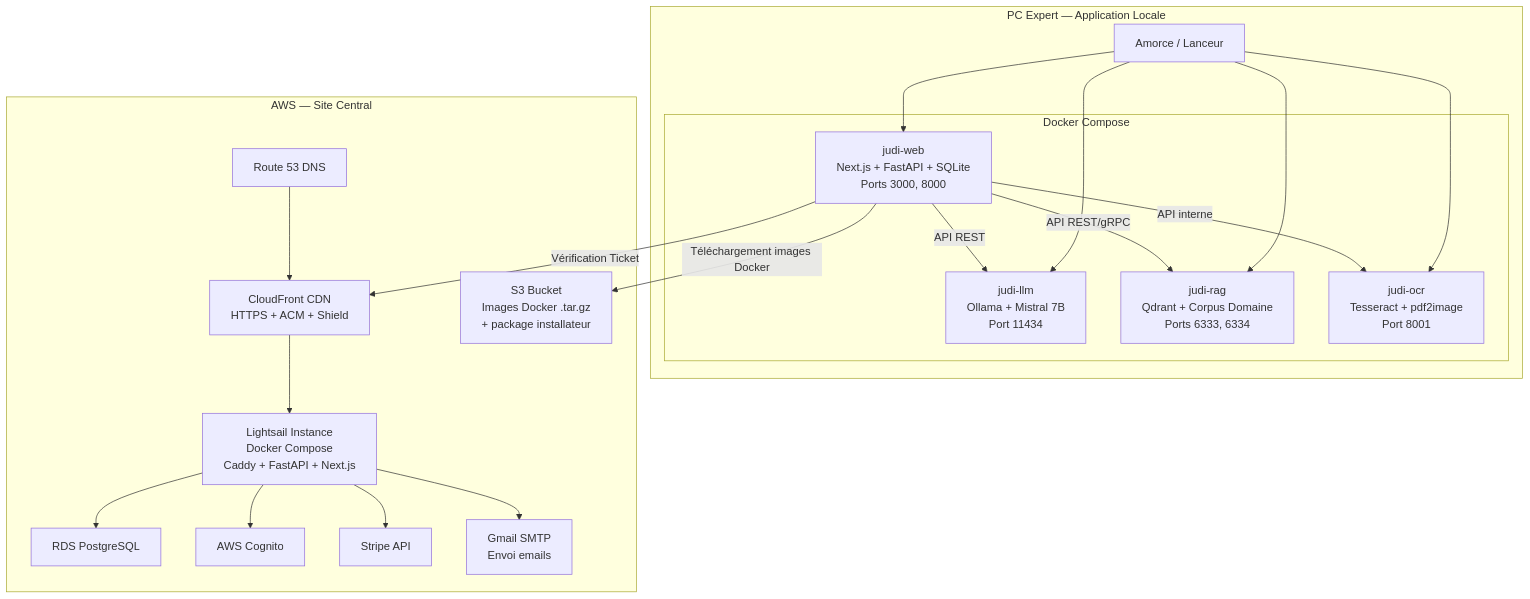
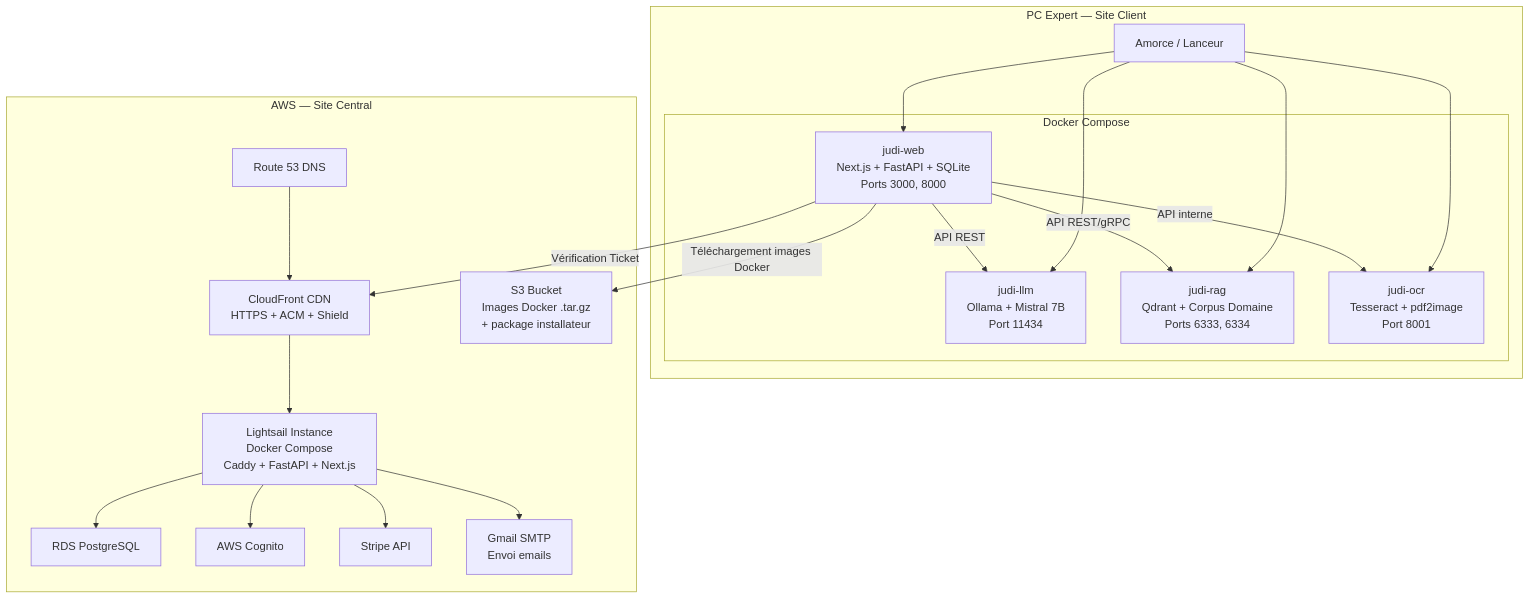
The first of 4 diagrams in docs/architecture.md (jmontiel-fr/judi-expert2), drawn with Mermaid before and after one commit. The commit also changed other lines of this file and 367 other files, not shown here.

````diff
--- a/docs/architecture.md
+++ b/docs/architecture.md
@@ -24,39 +24,39 @@
 ```mermaid
 graph TB
-    subgraph "PC Expert — Application Locale"
+    subgraph "PC Expert — Site Client"
         AMORCE[Amorce / Lanceur]
         subgraph "Docker Compose"
             WEB[judi-web<br/>Next.js + FastAPI + SQLite<br/>Ports 3000, 8000]
             LLM_C[judi-llm<br/>Ollama + Mistral 7B<br/>Port 11434]
             RAG_C[judi-rag<br/>Qdrant + Corpus Domaine<br/>Ports 6333, 6334]
             OCR_C[judi-ocr<br/>Tesseract + pdf2image<br/>Port 8001]
         end
         AMORCE --> WEB
         AMORCE --> LLM_C
         AMORCE --> RAG_C
         AMORCE --> OCR_C
         WEB -->|API REST| LLM_C
         WEB -->|API REST/gRPC| RAG_C
         WEB -->|API interne| OCR_C
     end
 
     subgraph "AWS — Site Central"
         CF[CloudFront CDN<br/>HTTPS + ACM + Shield]
         LS[Lightsail Instance<br/>Docker Compose<br/>Caddy + FastAPI + Next.js]
         RDS[RDS PostgreSQL]
         COG[AWS Cognito]
         R53[Route 53 DNS]
         S3[S3 Bucket<br/>Images Docker .tar.gz<br/>+ package installateur]
         STRIPE[Stripe API]
         GMAIL[Gmail SMTP<br/>Envoi emails]
     end
 
     WEB -->|Vérification Ticket| CF
     WEB -->|Téléchargement images Docker| S3
     CF --> LS
     LS --> RDS
     LS --> COG
     LS --> STRIPE
     LS --> GMAIL
     R53 --> CF
 ```
````
